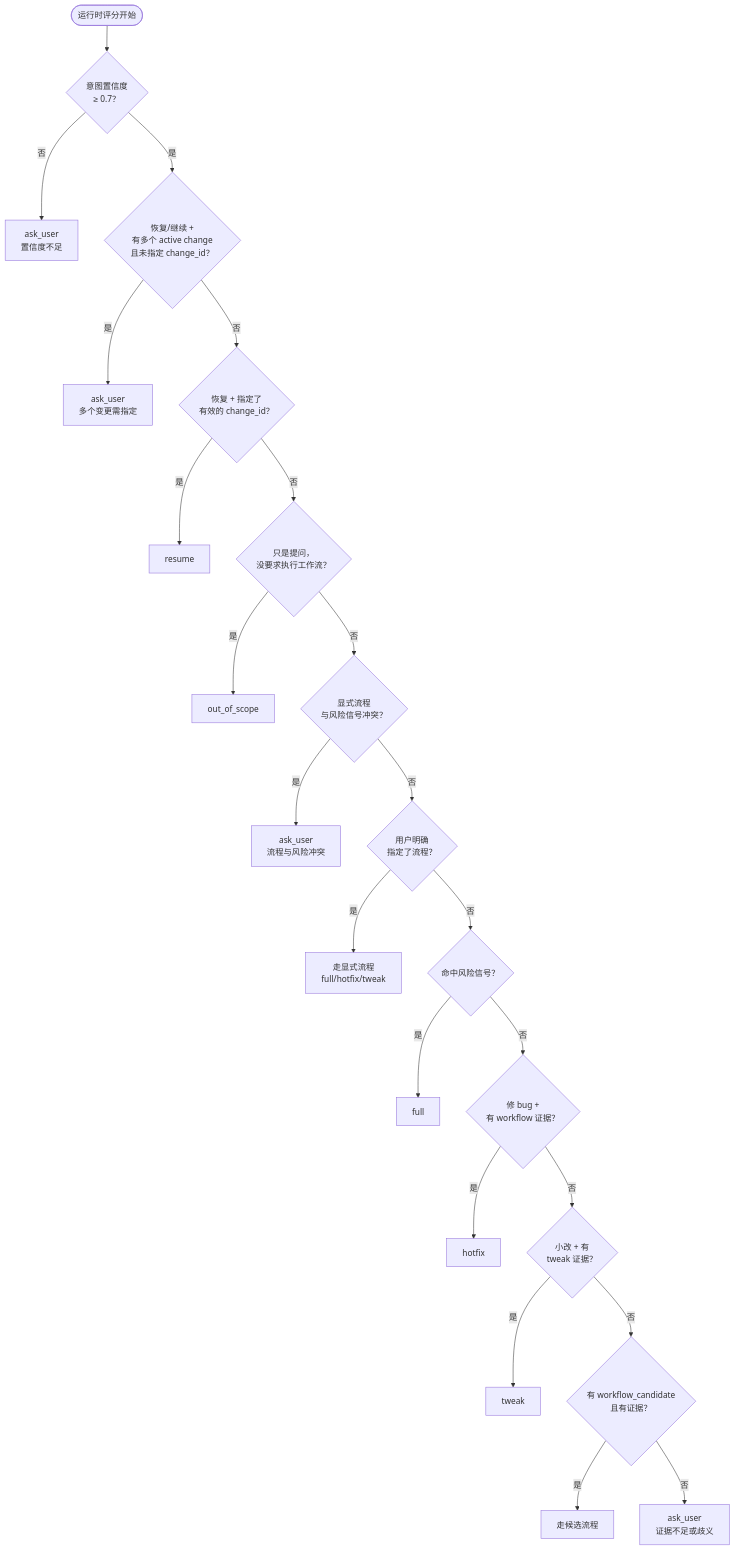
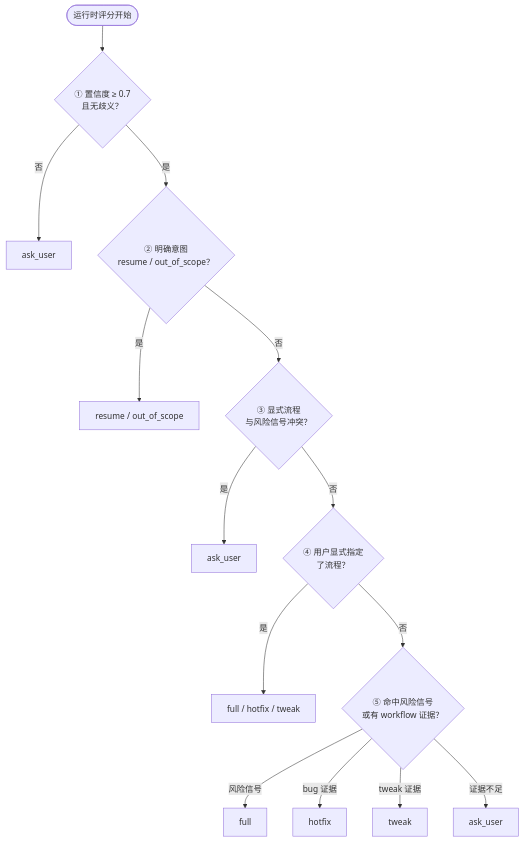
Before and after one commit to rpamis/comet-website-docs: the second of 2 diagrams in zh/concepts/intent-routing.mdx, drawn with Mermaid. The commit also changed other lines of this file and 3 other files, not shown here.

````diff
--- a/zh/concepts/intent-routing.mdx
+++ b/zh/concepts/intent-routing.mdx
@@ -101,24 +111,16 @@
 ```mermaid
 flowchart TD
-    Start(["运行时评分开始"]) --> C1{"意图置信度<br/>≥ 0.7？"}
-    C1 -->|否| AU1["ask_user<br/>置信度不足"]
-    C1 -->|是| C2{"恢复/继续 +<br/>有多个 active change<br/>且未指定 change_id？"}
-    C2 -->|是| AU2["ask_user<br/>多个变更需指定"]
-    C2 -->|否| C3{"恢复 + 指定了<br/>有效的 change_id？"}
-    C3 -->|是| RES["resume"]
-    C3 -->|否| C4{"只是提问，<br/>没要求执行工作流？"}
-    C4 -->|是| OOS["out_of_scope"]
-    C4 -->|否| C5{"显式流程<br/>与风险信号冲突？"}
-    C5 -->|是| AU3["ask_user<br/>流程与风险冲突"]
-    C5 -->|否| C6{"用户明确<br/>指定了流程？"}
-    C6 -->|是| WF["走显式流程<br/>full/hotfix/tweak"]
-    C6 -->|否| C7{"命中风险信号？"}
-    C7 -->|是| FULL1["full"]
-    C7 -->|否| C8{"修 bug +<br/>有 workflow 证据？"}
-    C8 -->|是| HF["hotfix"]
-    C8 -->|否| C9{"小改 + 有<br/>tweak 证据？"}
-    C9 -->|是| TW["tweak"]
-    C9 -->|否| C10{"有 workflow_candidate<br/>且有证据？"}
-    C10 -->|是| WF2["走候选流程"]
-    C10 -->|否| AU4["ask_user<br/>证据不足或歧义"]
+    A(["运行时评分开始"]) --> B{"① 置信度 ≥ 0.7<br/>且无歧义？"}
+    B -->|否| AU1["ask_user"]
+    B -->|是| C{"② 明确意图<br/>resume / out_of_scope？"}
+    C -->|是| CLEAR["resume / out_of_scope"]
+    C -->|否| D{"③ 显式流程<br/>与风险信号冲突？"}
+    D -->|是| AU2["ask_user"]
+    D -->|否| E{"④ 用户显式指定<br/>了流程？"}
+    E -->|是| WF["full / hotfix / tweak"]
+    E -->|否| F{"⑤ 命中风险信号<br/>或有 workflow 证据？"}
+    F -->|"风险信号"| FULL["full"]
+    F -->|"bug 证据"| HF["hotfix"]
+    F -->|"tweak 证据"| TW["tweak"]
+    F -->|"证据不足"| AU3["ask_user"]
 ```
````
